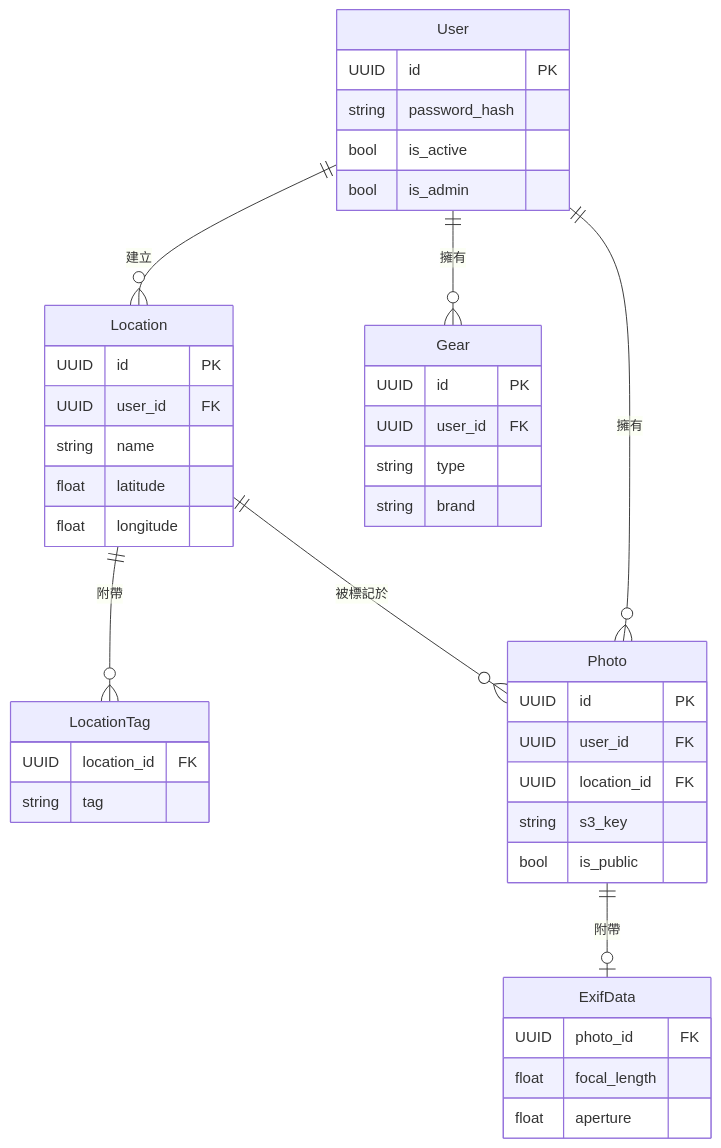
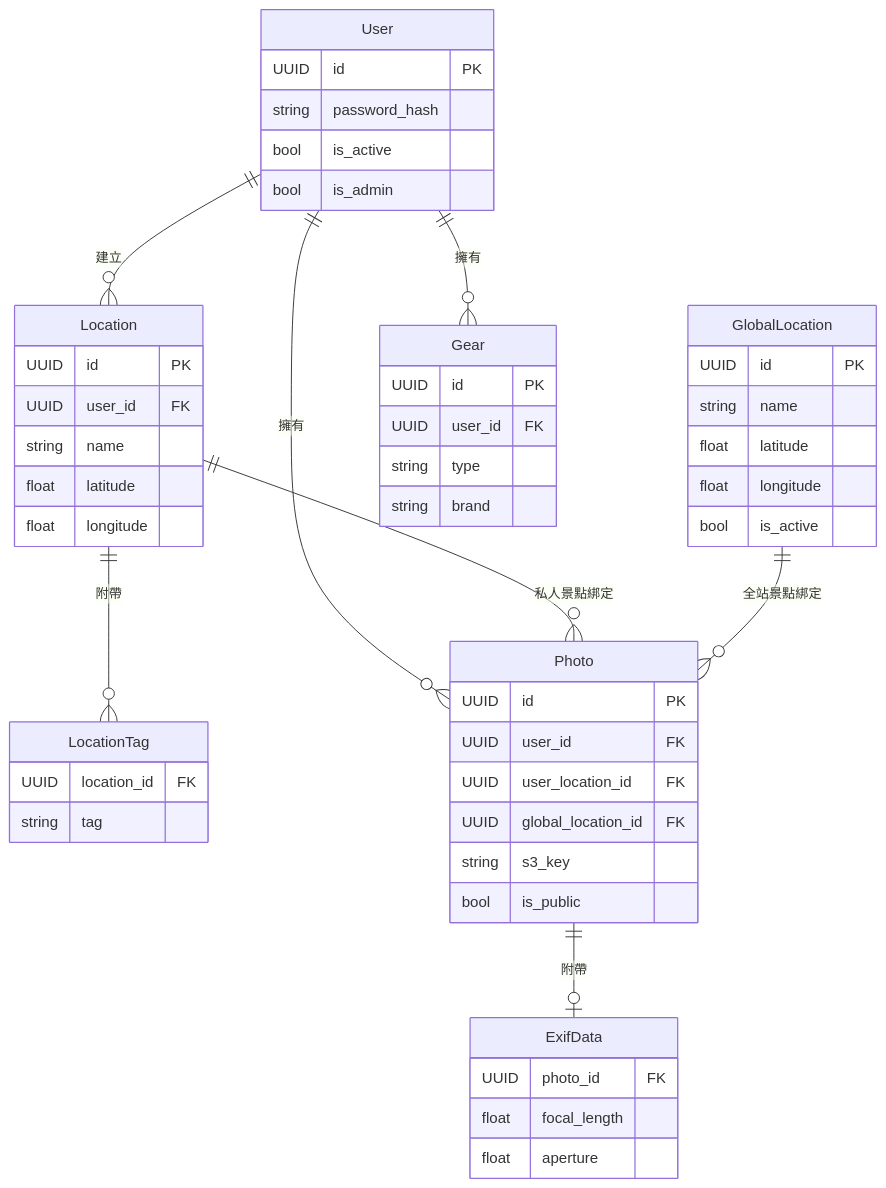
One commit to hhhylaiii/LensLog changed the diagram in backend/images/er_diagram.mmd. Above: the diagram before and after it, drawn with Mermaid. The commit also changed 4 other files, not shown here.

Commit message:
docs(docs): #43 update API and schema docs for global locations

```diff
--- a/backend/images/er_diagram.mmd
+++ b/backend/images/er_diagram.mmd
@@ -1,43 +1,52 @@
 erDiagram
     User {
         UUID id PK
         string password_hash
         bool is_active
         bool is_admin
     }
     Location {
         UUID id PK
         UUID user_id FK
         string name
         float latitude
         float longitude
     }
+    GlobalLocation {
+        UUID id PK
+        string name
+        float latitude
+        float longitude
+        bool is_active
+    }
     LocationTag {
         UUID location_id FK
         string tag
     }
     Photo {
         UUID id PK
         UUID user_id FK
-        UUID location_id FK
+        UUID user_location_id FK
+        UUID global_location_id FK
         string s3_key
         bool is_public
     }
     ExifData {
         UUID photo_id FK
         float focal_length
         float aperture
     }
     Gear {
         UUID id PK
         UUID user_id FK
         string type
         string brand
     }
 
     User ||--o{ Photo : "擁有"
     User ||--o{ Location : "建立"
     User ||--o{ Gear : "擁有"
     Location ||--o{ LocationTag : "附帶"
-    Location ||--o{ Photo : "被標記於"
+    Location ||--o{ Photo : "私人景點綁定"
+    GlobalLocation ||--o{ Photo : "全站景點綁定"
     Photo ||--o| ExifData : "附帶"
```
